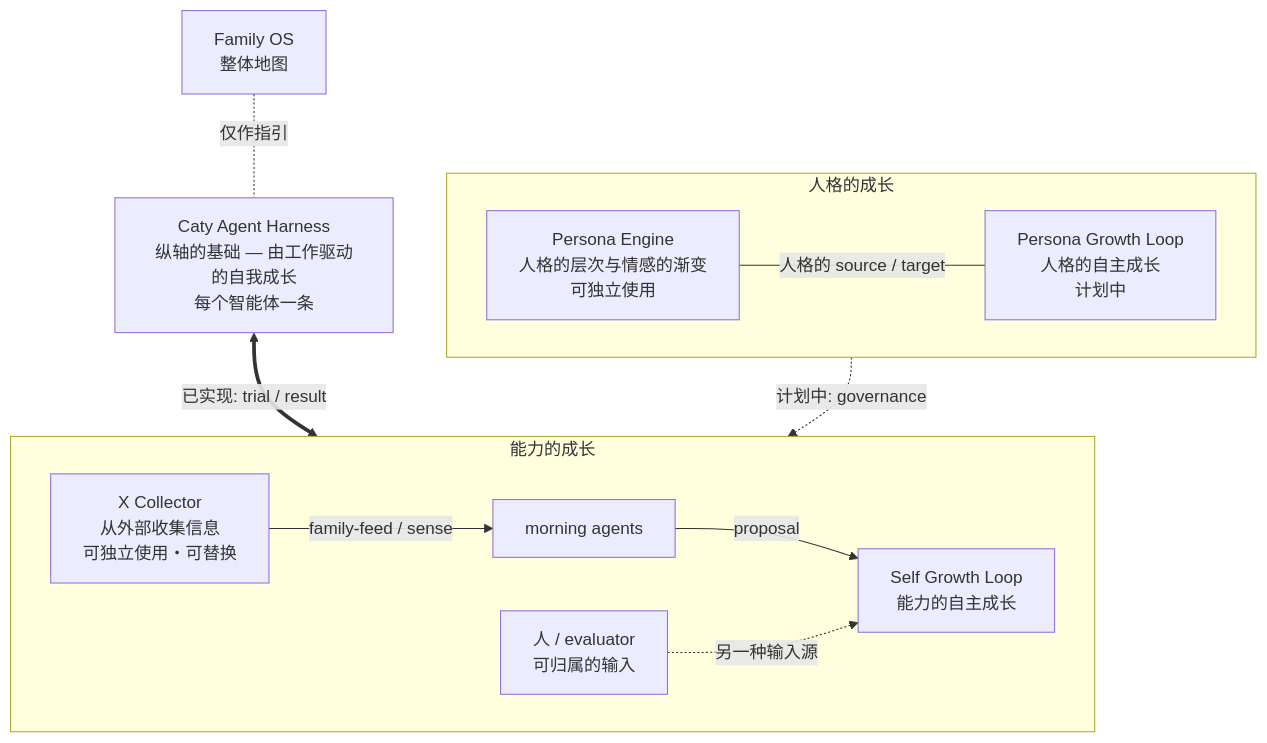
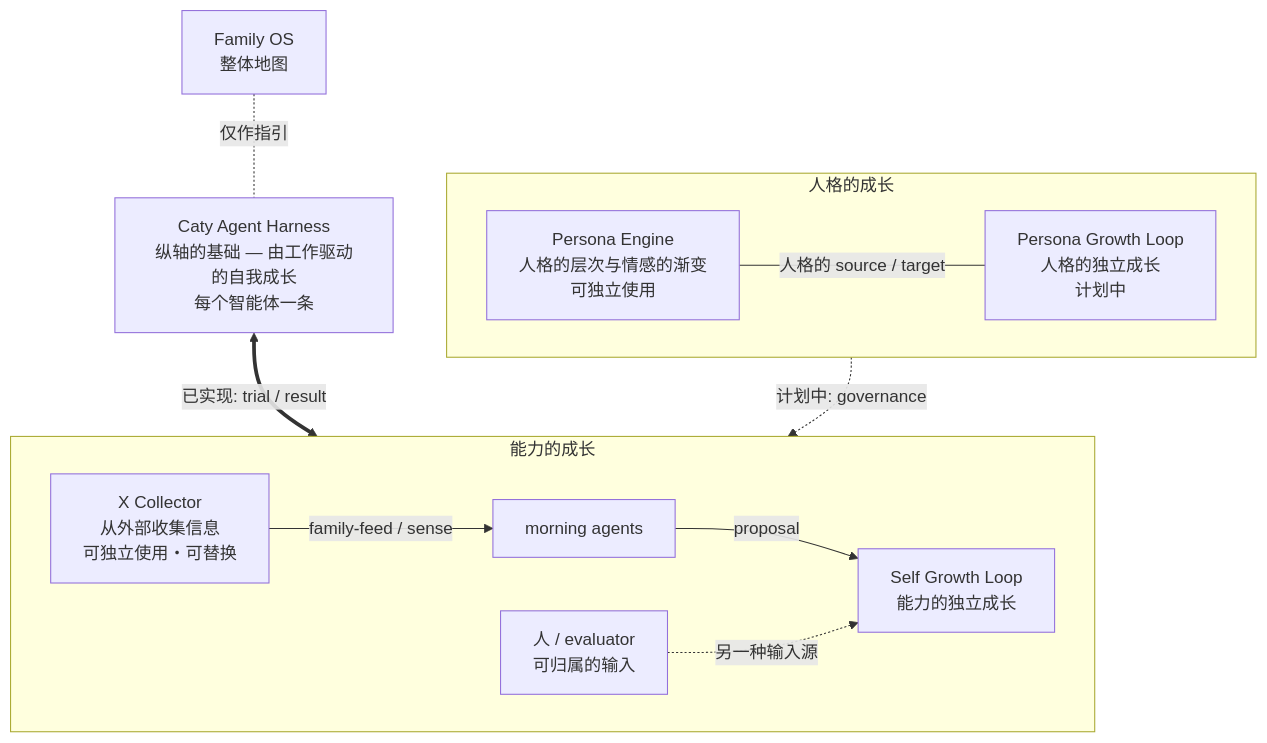
One commit to caty-ai/family-os changed the second of 3 diagrams in README.zh.md. Above: the diagram before and after it, drawn with Mermaid. The commit also changed other lines of this file and 6 other files, not shown here.

````diff
--- a/README.zh.md
+++ b/README.zh.md
@@ -182,27 +182,27 @@
 ```mermaid
 flowchart TB
   OS["Family OS<br/>整体地图"]
   Caty["Caty Agent Harness<br/>纵轴的基础 — 由工作驱动的自我成长<br/>每个智能体一条"]
   OS -.-|"仅作指引"| Caty
 
   subgraph PersonaAxis["人格的成长"]
     direction LR
     PersonaEngine["Persona Engine<br/>人格的层次与情感的渐变<br/>可独立使用"]
-    PersonaGrowth["Persona Growth Loop<br/>人格的自主成长<br/>计划中"]
+    PersonaGrowth["Persona Growth Loop<br/>人格的独立成长<br/>计划中"]
     PersonaEngine ---|"人格的 source / target"| PersonaGrowth
   end
 
   subgraph AbilityAxis["能力的成长"]
     direction LR
     X["X Collector<br/>从外部收集信息<br/>可独立使用・可替换"]
     Morning["morning agents"]
-    SelfGrowth["Self Growth Loop<br/>能力的自主成长"]
+    SelfGrowth["Self Growth Loop<br/>能力的独立成长"]
     Other["人 / evaluator<br/>可归属的输入"]
     X -->|"family-feed / sense"| Morning
     Morning -->|"proposal"| SelfGrowth
     Other -.->|"另一种输入源"| SelfGrowth
   end
 
   Caty <==>|"已实现: trial / result"| SelfGrowth
   PersonaGrowth -.->|"计划中: governance"| SelfGrowth
 ```
````
